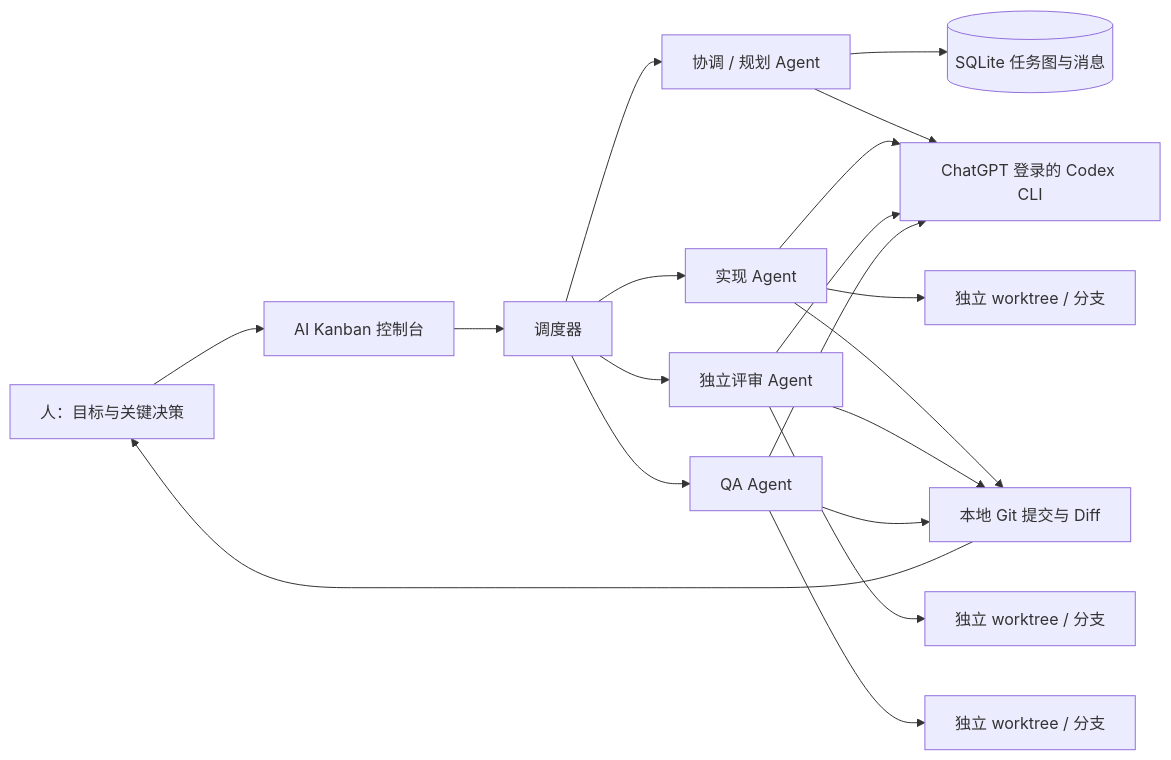
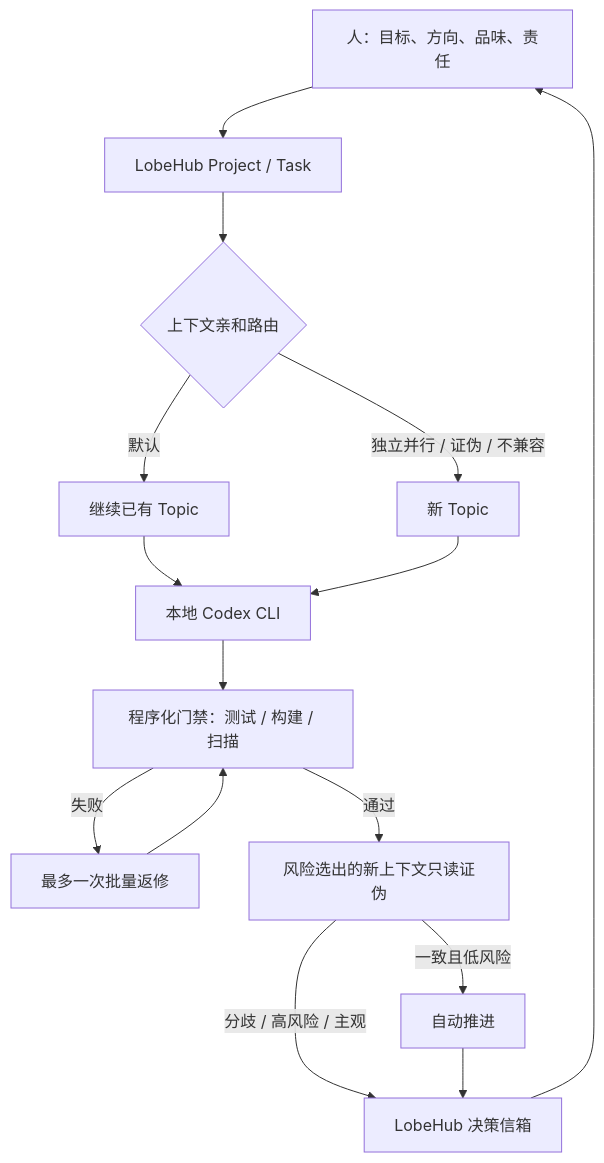
Before and after one commit to WXD7/codex-dev-orchestrator: the diagram in docs/ARCHITECTURE.md, drawn with Mermaid. The commit also changed other lines of this file and 38 other files, not shown here.

Commit message:
feat: add recoverable LobeHub governance loop

````diff
--- a/docs/ARCHITECTURE.md
+++ b/docs/ARCHITECTURE.md
@@ -7,16 +25,17 @@
 ```mermaid
-flowchart LR
-    H[人：目标与关键决策] --> B[AI Kanban 控制台]
-    B --> S[调度器]
-    S --> C[协调 / 规划 Agent]
-    S --> I[实现 Agent]
-    S --> R[独立评审 Agent]
-    S --> Q[QA Agent]
-    C --> D[(SQLite 任务图与消息)]
-    I --> W1[独立 worktree / 分支]
-    R --> W2[独立 worktree / 分支]
-    Q --> W3[独立 worktree / 分支]
-    C & I & R & Q --> CLI[ChatGPT 登录的 Codex CLI]
-    I & R & Q --> G[本地 Git 提交与 Diff]
-    G --> H
+flowchart TB
+    H[人：目标、方向、品味、责任] --> L[LobeHub Project / Task]
+    L --> C{上下文亲和路由}
+    C -->|默认| E[继续已有 Topic]
+    C -->|独立并行 / 证伪 / 不兼容| N[新 Topic]
+    E --> X[本地 Codex CLI]
+    N --> X
+    X --> P[程序化门禁：测试 / 构建 / 扫描]
+    P -->|失败| F[最多一次批量返修]
+    F --> P
+    P -->|通过| A[风险选出的新上下文只读证伪]
+    A -->|一致且低风险| D[自动推进]
+    A -->|分歧 / 高风险 / 主观| I[LobeHub 决策信箱]
+    D --> I
+    I --> H
 ```
````
